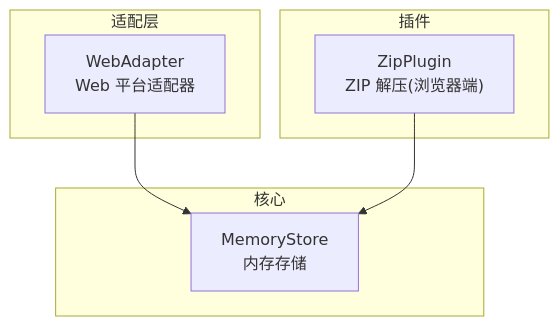
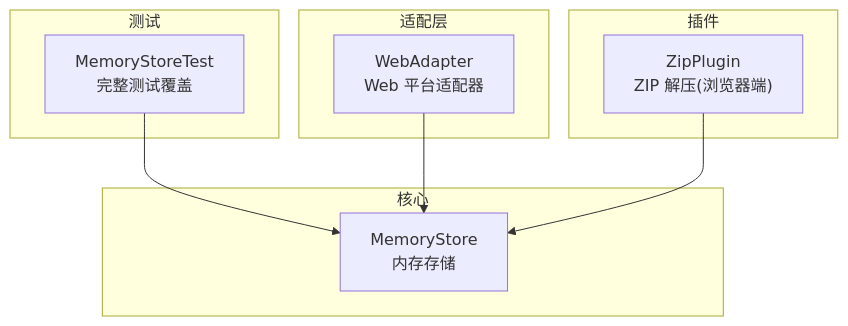
One commit to taoweidong/Hello-Tauri changed the first of 7 diagrams in .qoder/repowiki/zh/content/核心模块/内存存储.md. Above: the diagram before and after it, drawn with Mermaid. The commit also changed other lines of this file and 119 other files, not shown here.

````diff
--- a/.qoder/repowiki/zh/content/核心模块/内存存储.md
+++ b/.qoder/repowiki/zh/content/核心模块/内存存储.md
@@ -32,14 +42,18 @@
 ```mermaid
 graph TB
 subgraph "核心"
 MS["MemoryStore<br/>内存存储"]
+end
+subgraph "测试"
+MST["MemoryStoreTest<br/>完整测试覆盖"]
 end
 subgraph "适配层"
 WA["WebAdapter<br/>Web 平台适配器"]
 end
 subgraph "插件"
 ZP["ZipPlugin<br/>ZIP 解压(浏览器端)"]
 end
+MST --> MS
 WA --> MS
 ZP --> MS
 ```
````
